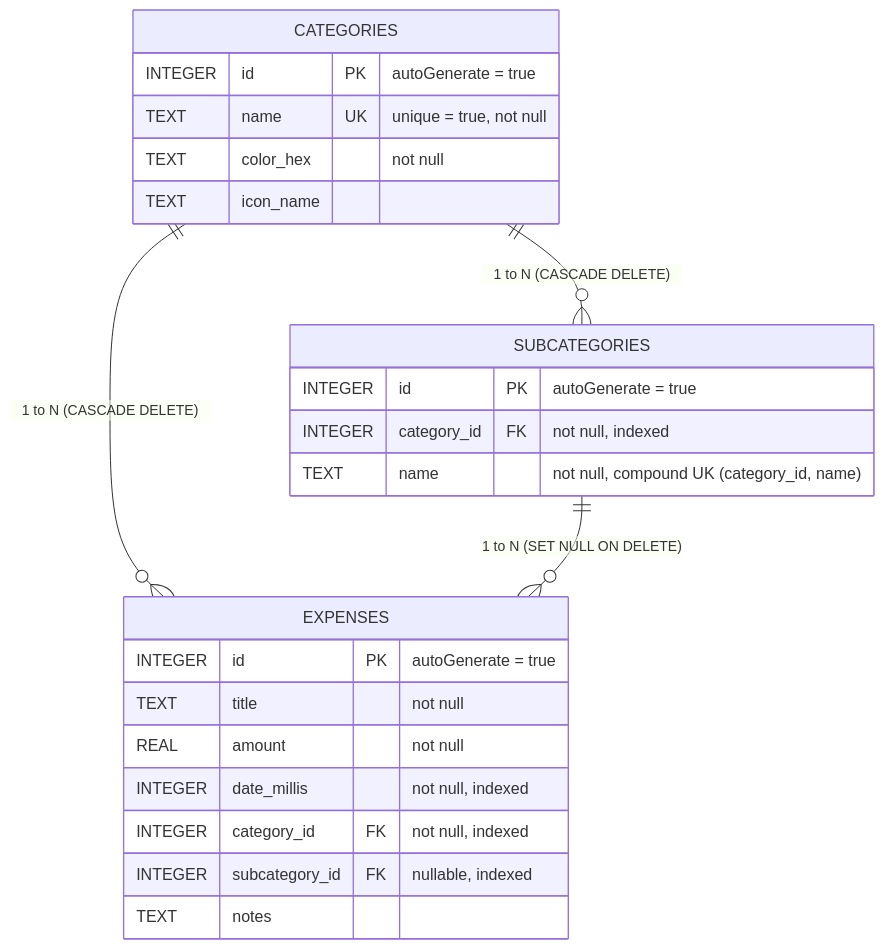
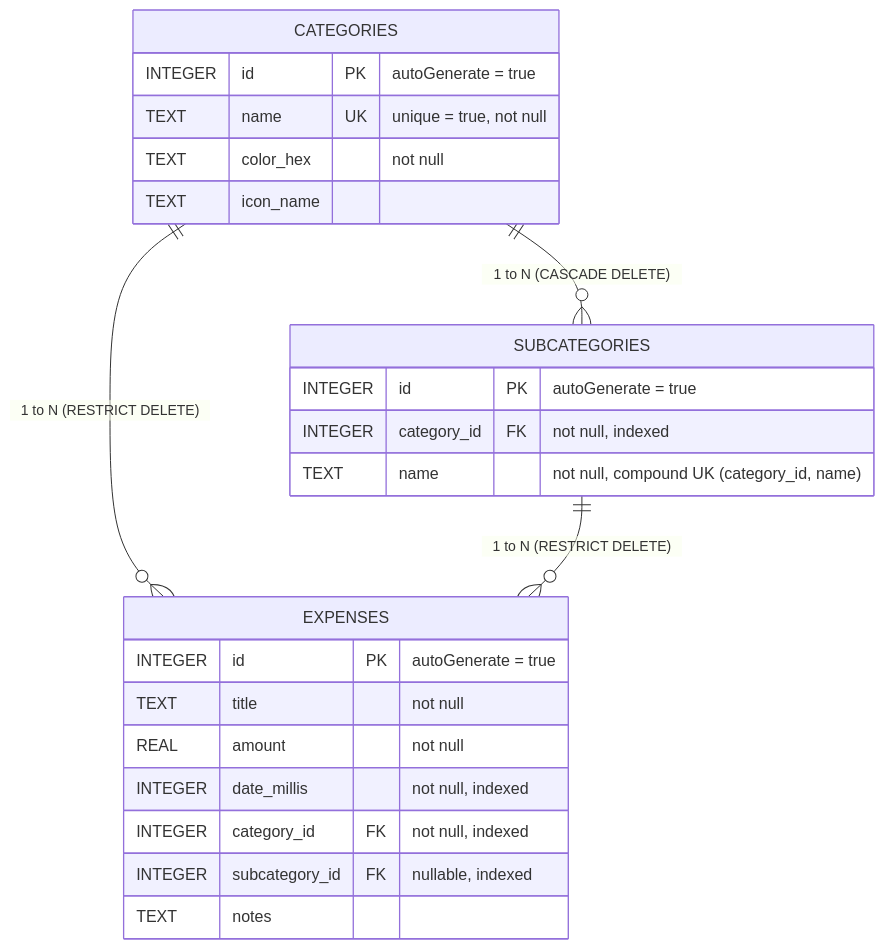
The diagram in TECHNICAL_DOCUMENTATION.md (krishnasankar/MonthlyExpenseTracker), drawn with Mermaid before and after one commit. The commit also changed other lines of this file and 7 other files, not shown here.

Commit message:
Prevent deletion of categories and subcategories with active expenses

````diff
--- a/TECHNICAL_DOCUMENTATION.md
+++ b/TECHNICAL_DOCUMENTATION.md
@@ -56,29 +56,29 @@
 ```mermaid
 erDiagram
     CATEGORIES ||--o{ SUBCATEGORIES : "1 to N (CASCADE DELETE)"
-    CATEGORIES ||--o{ EXPENSES : "1 to N (CASCADE DELETE)"
-    SUBCATEGORIES ||--o{ EXPENSES : "1 to N (SET NULL ON DELETE)"
+    CATEGORIES ||--o{ EXPENSES : "1 to N (RESTRICT DELETE)"
+    SUBCATEGORIES ||--o{ EXPENSES : "1 to N (RESTRICT DELETE)"
 
     CATEGORIES {
         INTEGER id PK "autoGenerate = true"
         TEXT name UK "unique = true, not null"
         TEXT color_hex "not null"
         TEXT icon_name
     }
 
     SUBCATEGORIES {
         INTEGER id PK "autoGenerate = true"
         INTEGER category_id FK "not null, indexed"
         TEXT name "not null, compound UK (category_id, name)"
     }
 
     EXPENSES {
         INTEGER id PK "autoGenerate = true"
         TEXT title "not null"
         REAL amount "not null"
         INTEGER date_millis "not null, indexed"
         INTEGER category_id FK "not null, indexed"
         INTEGER subcategory_id FK "nullable, indexed"
         TEXT notes
     }
 ```
````
